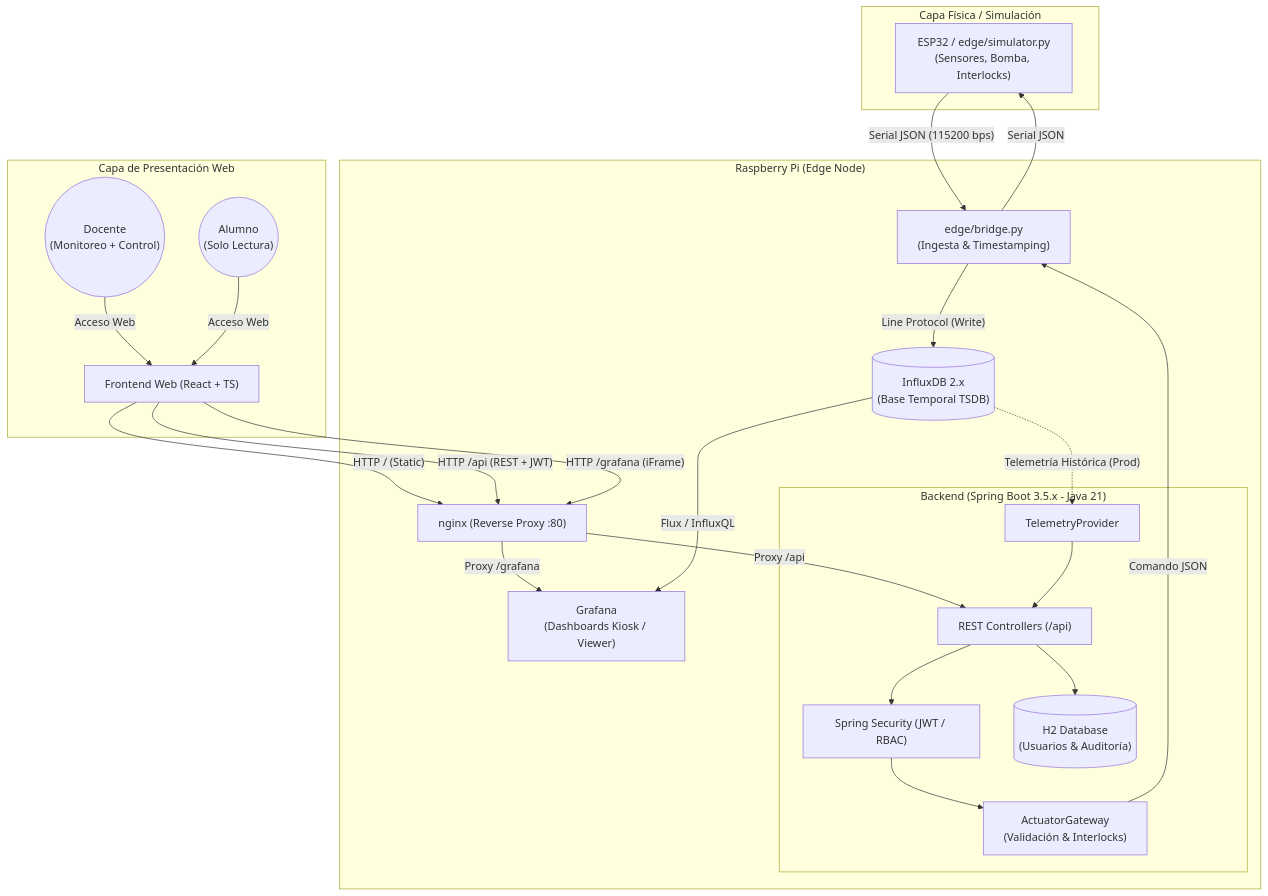
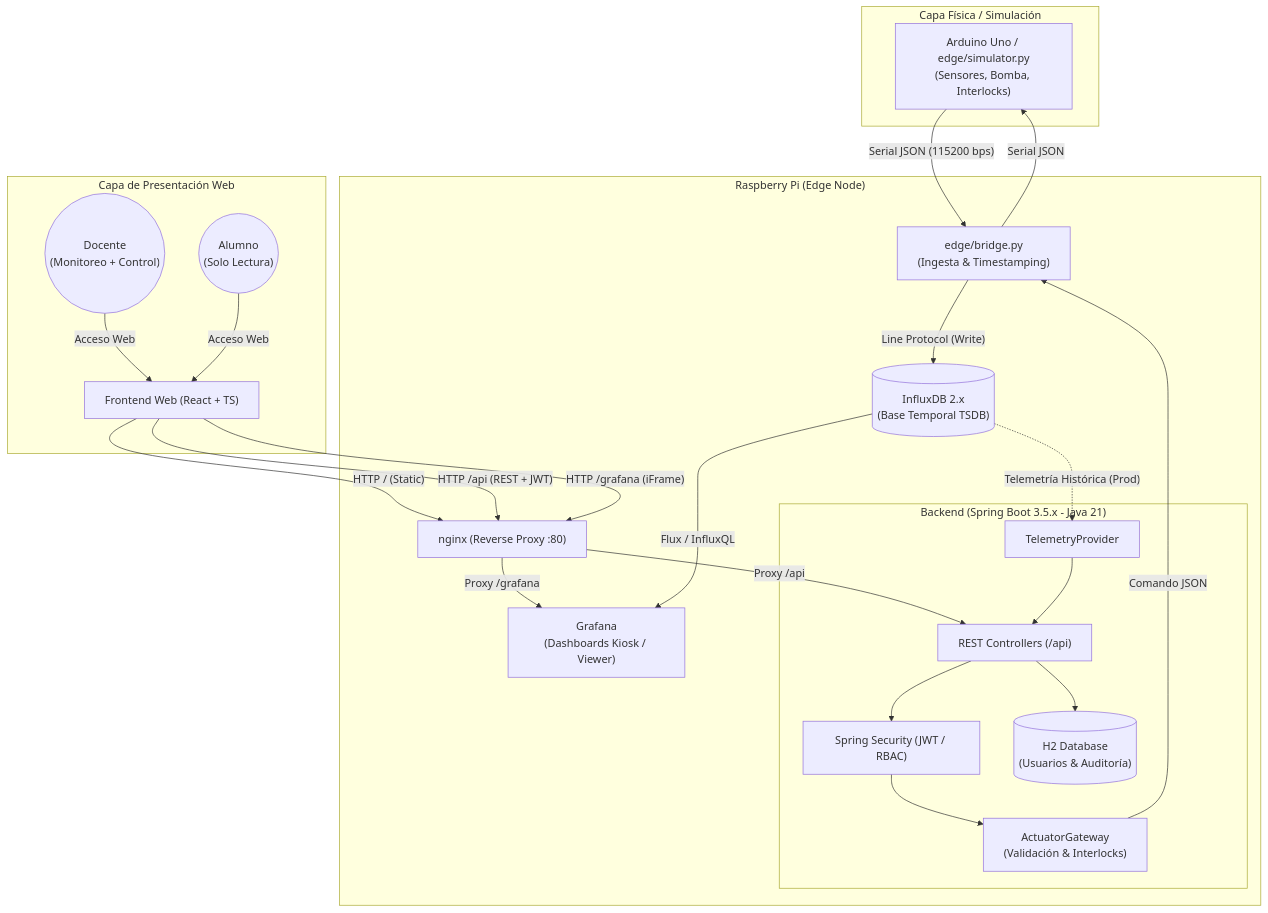
One commit to aarrua/becabelgrano changed the diagram in README.md. Above: the diagram before and after it, drawn with Mermaid. The commit also changed other lines of this file and 7 other files, not shown here.

Commit message:
docs(repo): reemplazar referencias a ESP32 por Arduino Uno en documentacion, firmware y edge

````diff
--- a/README.md
+++ b/README.md
@@ -11,51 +11,51 @@
 ```mermaid
 graph TD
     subgraph Campo ["Capa Física / Simulación"]
-        ESP32["ESP32 / edge/simulator.py<br/>(Sensores, Bomba, Interlocks)"]
+        Arduino["Arduino Uno / edge/simulator.py<br/>(Sensores, Bomba, Interlocks)"]
     end
 
     subgraph Edge ["Raspberry Pi (Edge Node)"]
         Bridge["edge/bridge.py<br/>(Ingesta & Timestamping)"]
         Influx[("InfluxDB 2.x<br/>(Base Temporal TSDB)")]
         Grafana["Grafana<br/>(Dashboards Kiosk / Viewer)"]
         
         subgraph BackendSpring ["Backend (Spring Boot 3.5.x - Java 21)"]
             API["REST Controllers (/api)"]
             Sec["Spring Security (JWT / RBAC)"]
             H2[("H2 Database<br/>(Usuarios & Auditoría)")]
             GW["ActuatorGateway<br/>(Validación & Interlocks)"]
             TP["TelemetryProvider"]
         end
 
         Nginx["nginx (Reverse Proxy :80)"]
     end
 
     subgraph Clientes ["Capa de Presentación Web"]
         Front["Frontend Web (React + TS)"]
         Docente(("Docente<br/>(Monitoreo + Control)"))
         Alumno(("Alumno<br/>(Solo Lectura)"))
     end
 
     %% Flujo Telemetría
-    ESP32 -->|"Serial JSON (115200 bps)"| Bridge
+    Arduino -->|"Serial JSON (115200 bps)"| Bridge
     Bridge -->|"Line Protocol (Write)"| Influx
     Influx -->|"Flux / InfluxQL"| Grafana
     Influx -.->|"Telemetría Histórica (Prod)"| TP
     TP --> API
 
     %% Flujo Comandos
     Docente -->|"Acceso Web"| Front
     Alumno -->|"Acceso Web"| Front
     Front -->|"HTTP / (Static)"| Nginx
     Front -->|"HTTP /api (REST + JWT)"| Nginx
     Front -->|"HTTP /grafana (iFrame)"| Nginx
 
     Nginx -->|"Proxy /api"| API
     Nginx -->|"Proxy /grafana"| Grafana
     
     API --> Sec
     Sec --> GW
     GW -->|"Comando JSON"| Bridge
-    Bridge -->|"Serial JSON"| ESP32
+    Bridge -->|"Serial JSON"| Arduino
     API --> H2
 ```
````
